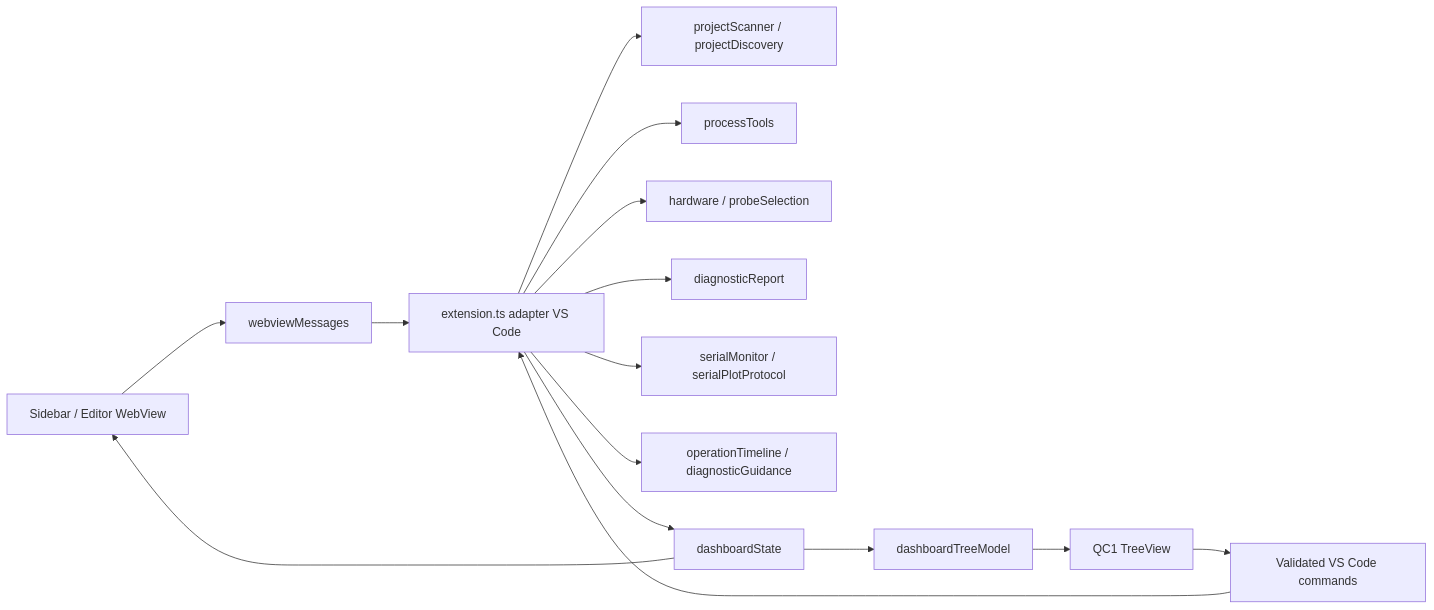
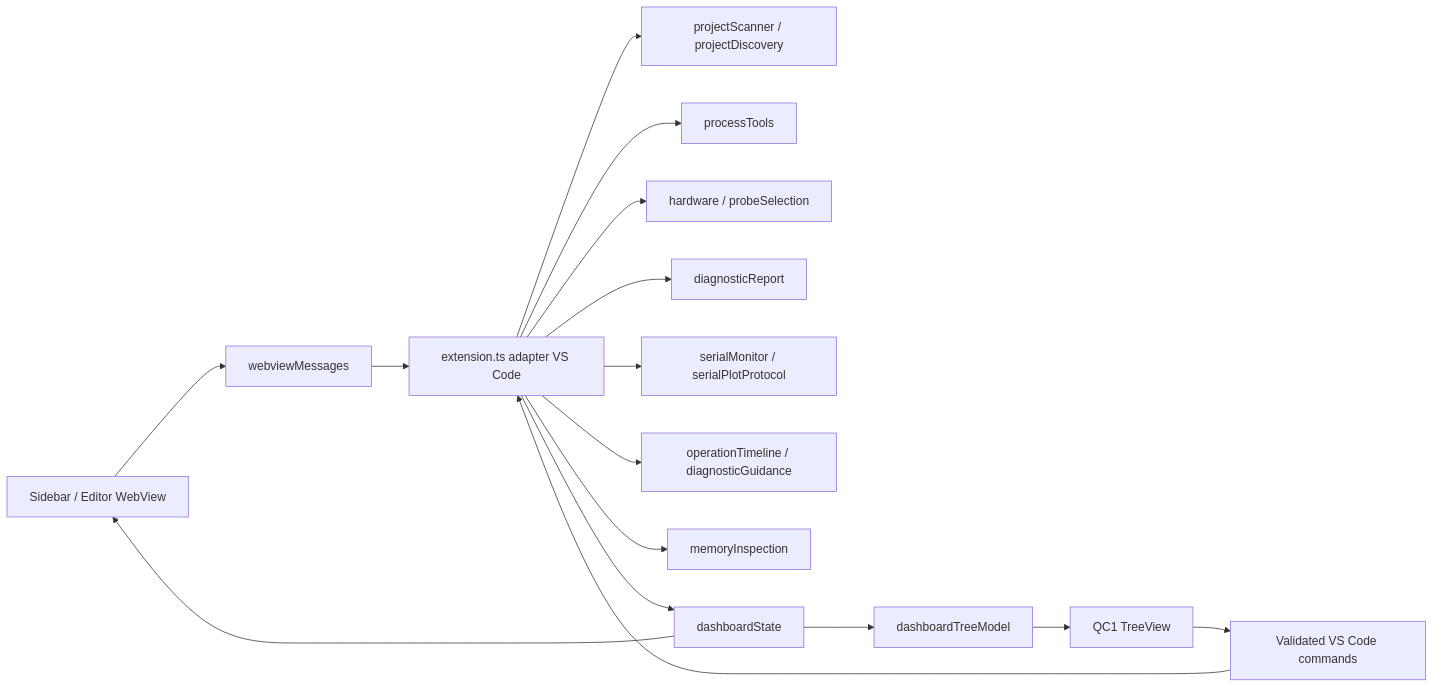
The diagram in qc1-vscode/docs/ARCHITECTURE.md (mistral400/qc1-stm32-tools), drawn with Mermaid before and after one commit. The commit also changed other lines of this file and 25 other files, not shown here.

````diff
--- a/qc1-vscode/docs/ARCHITECTURE.md
+++ b/qc1-vscode/docs/ARCHITECTURE.md
@@ -5,17 +5,18 @@
 ```mermaid
 flowchart LR
   UI[Sidebar / Editor WebView] --> BRIDGE[webviewMessages]
   BRIDGE --> HOST[extension.ts adapter VS Code]
   TREE[QC1 TreeView] --> TREECMD[Validated VS Code commands]
   TREECMD --> HOST
   HOST --> PROJECT[projectScanner / projectDiscovery]
   HOST --> PROCESS[processTools]
   HOST --> HW[hardware / probeSelection]
   HOST --> REPORT[diagnosticReport]
   HOST --> UART[serialMonitor / serialPlotProtocol]
   HOST --> HISTORY[operationTimeline / diagnosticGuidance]
+  HOST --> MEMORY[memoryInspection]
   HOST --> STATE[dashboardState]
   STATE --> UI
   STATE --> TREEMODEL[dashboardTreeModel]
   TREEMODEL --> TREE
 ```
````
